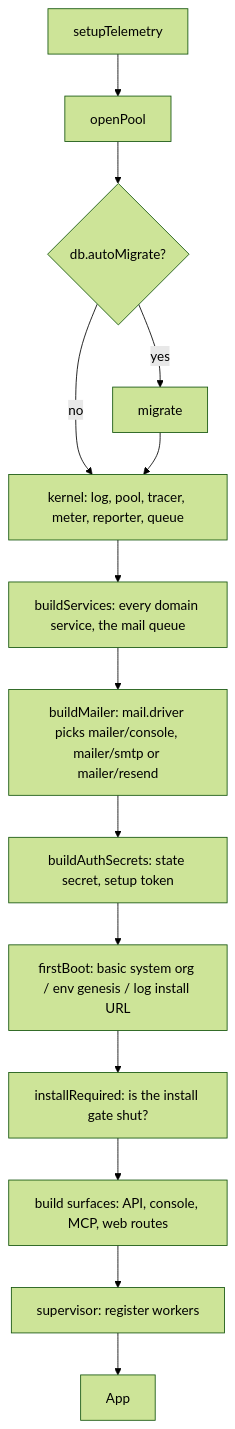
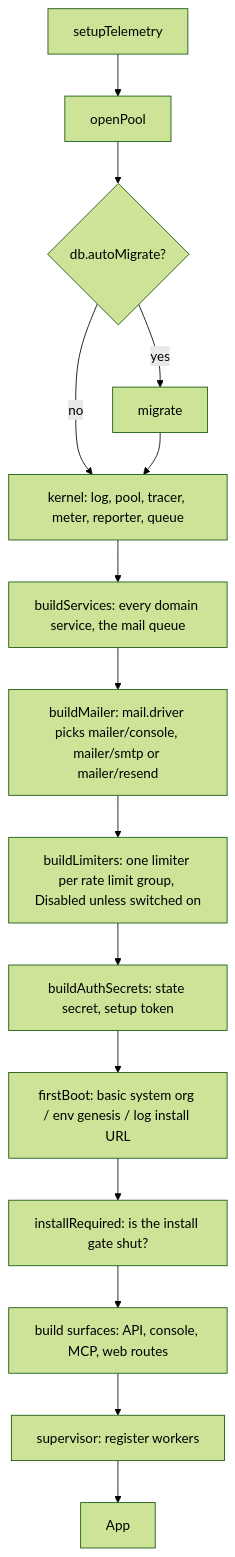
Before and after one commit to altalune-id/oagent: the first of 3 diagrams in internal/boot/README.md, drawn with Mermaid (forest theme). The commit also changed other lines of this file and 36 other files, not shown here.

````diff
--- a/internal/boot/README.md
+++ b/internal/boot/README.md
@@ -14,16 +14,17 @@
 ```mermaid
 flowchart TD
     A[setupTelemetry] --> B[openPool]
     B --> C{db.autoMigrate?}
     C -- yes --> D[migrate]
     C -- no --> E
     D --> E[kernel: log, pool, tracer, meter, reporter, queue]
     E --> F[buildServices: every domain service, the mail queue]
     F --> M[buildMailer: mail.driver picks mailer/console, mailer/smtp or mailer/resend]
-    M --> G[buildAuthSecrets: state secret, setup token]
+    M --> R[buildLimiters: one limiter per rate limit group, Disabled unless switched on]
+    R --> G[buildAuthSecrets: state secret, setup token]
     G --> H[firstBoot: basic system org / env genesis / log install URL]
     H --> I[installRequired: is the install gate shut?]
     I --> J[build surfaces: API, console, MCP, web routes]
     J --> K[supervisor: register workers]
     K --> L[App]
 ```
````
